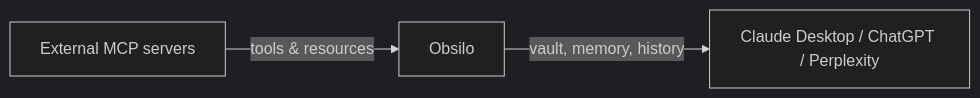
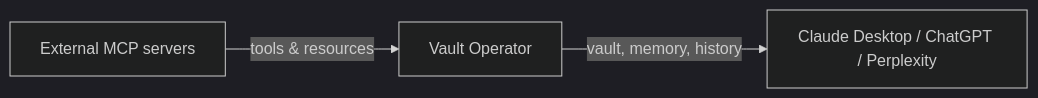
One commit to ivseb/vault-operator changed the diagram in docs/concepts/mcp-architecture.md. Above: the diagram before and after it, drawn with Mermaid (dark theme). The commit also changed other lines of this file and 47 other files, not shown here.

````diff
--- a/docs/concepts/mcp-architecture.md
+++ b/docs/concepts/mcp-architecture.md
@@ -12,5 +12,5 @@
 ```mermaid
 flowchart LR
-    E[External MCP servers] -->|tools & resources| O[Obsilo]
+    E[External MCP servers] -->|tools & resources| O[Vault Operator]
     O -->|vault, memory, history| C[Claude Desktop / ChatGPT / Perplexity]
 ```
````
